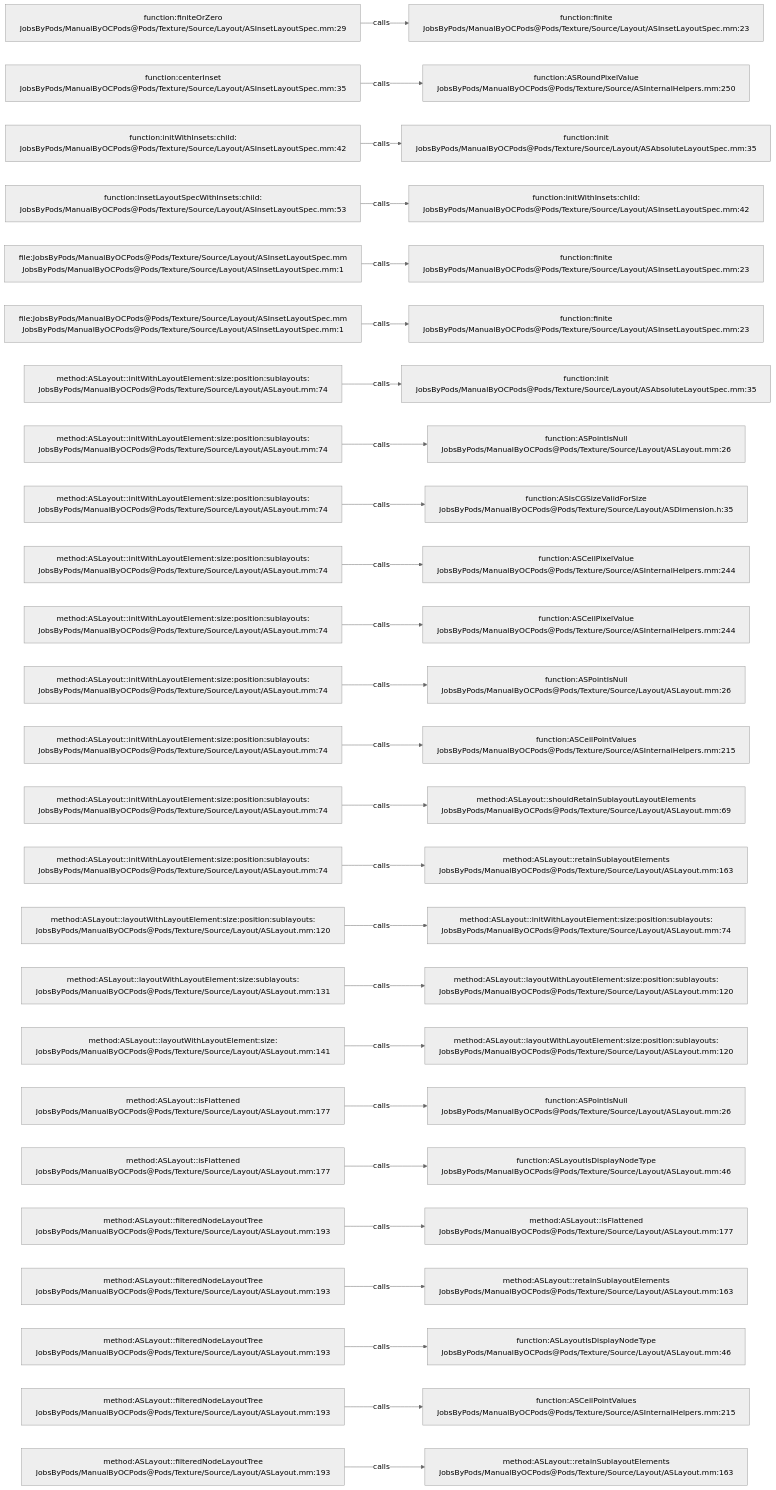
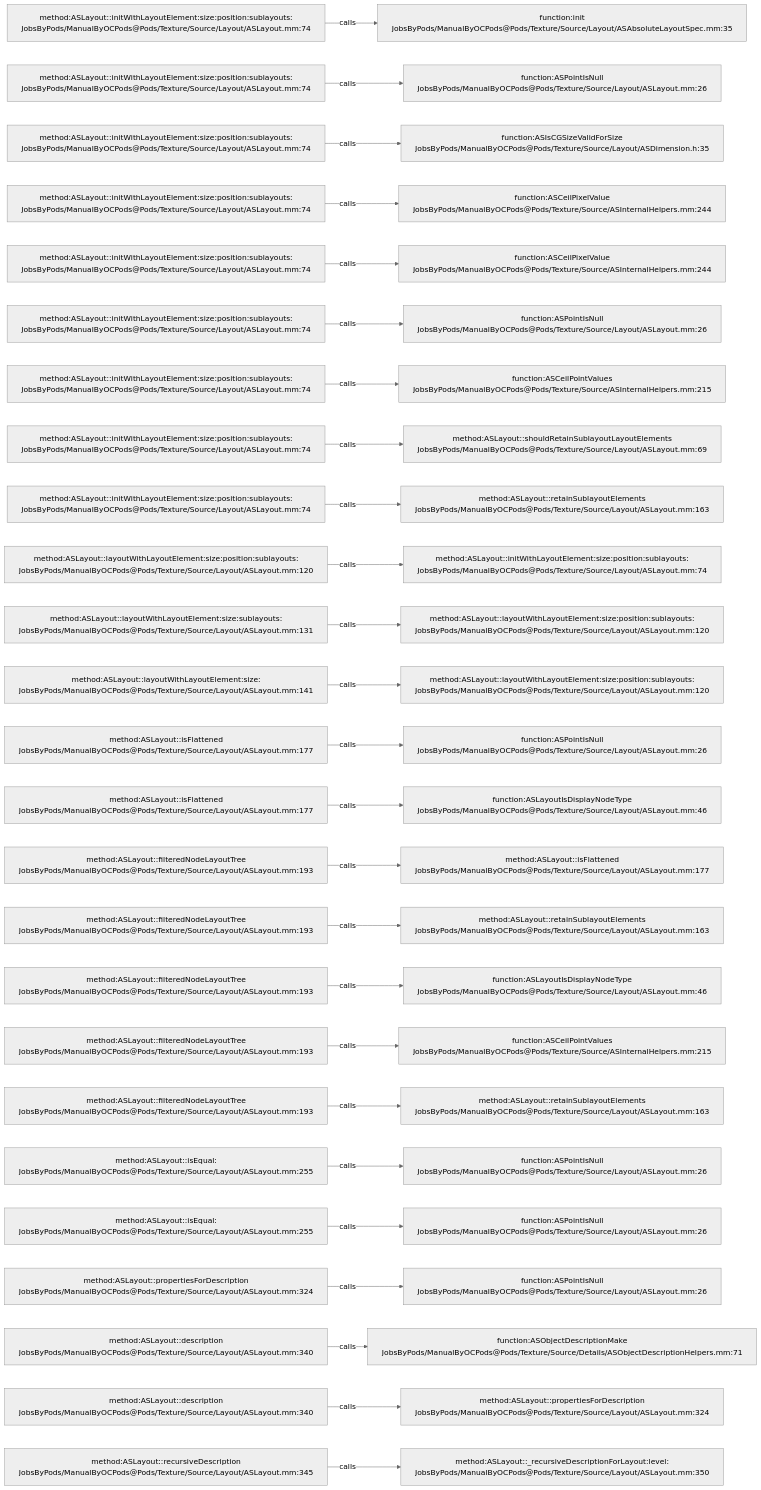
Before and after one commit to JobsKits/JobsOCBaseConfigDemo: the diagram in .codegraph/codegraph.md/graphs/calls-170.md, drawn with Mermaid (neutral theme). The commit also changed 666 other files, not shown here.

````diff
--- a/.codegraph/codegraph.md/graphs/calls-170.md
+++ b/.codegraph/codegraph.md/graphs/calls-170.md
@@ -13,78 +13,78 @@
 ```mermaid
 flowchart LR
-  S1["function:finiteOrZero<br/>JobsByPods/ManualByOCPods@Pods/Texture/Source/Layout/ASInsetLayoutSpec.mm:29"]
-  T1["function:finite<br/>JobsByPods/ManualByOCPods@Pods/Texture/Source/Layout/ASInsetLayoutSpec.mm:23"]
+  S1["method:ASLayout::initWithLayoutElement:size:position:sublayouts:<br/>JobsByPods/ManualByOCPods@Pods/Texture/Source/Layout/ASLayout.mm:74"]
+  T1["function:init<br/>JobsByPods/ManualByOCPods@Pods/Texture/Source/Layout/ASAbsoluteLayoutSpec.mm:35"]
   S1 -->|calls| T1
-  S2["function:centerInset<br/>JobsByPods/ManualByOCPods@Pods/Texture/Source/Layout/ASInsetLayoutSpec.mm:35"]
-  T2["function:ASRoundPixelValue<br/>JobsByPods/ManualByOCPods@Pods/Texture/Source/ASInternalHelpers.mm:250"]
+  S2["method:ASLayout::initWithLayoutElement:size:position:sublayouts:<br/>JobsByPods/ManualByOCPods@Pods/Texture/Source/Layout/ASLayout.mm:74"]
+  T2["function:ASPointIsNull<br/>JobsByPods/ManualByOCPods@Pods/Texture/Source/Layout/ASLayout.mm:26"]
   S2 -->|calls| T2
-  S3["function:initWithInsets:child:<br/>JobsByPods/ManualByOCPods@Pods/Texture/Source/Layout/ASInsetLayoutSpec.mm:42"]
-  T3["function:init<br/>JobsByPods/ManualByOCPods@Pods/Texture/Source/Layout/ASAbsoluteLayoutSpec.mm:35"]
+  S3["method:ASLayout::initWithLayoutElement:size:position:sublayouts:<br/>JobsByPods/ManualByOCPods@Pods/Texture/Source/Layout/ASLayout.mm:74"]
+  T3["function:ASIsCGSizeValidForSize<br/>JobsByPods/ManualByOCPods@Pods/Texture/Source/Layout/ASDimension.h:35"]
   S3 -->|calls| T3
-  S4["function:insetLayoutSpecWithInsets:child:<br/>JobsByPods/ManualByOCPods@Pods/Texture/Source/Layout/ASInsetLayoutSpec.mm:53"]
-  T4["function:initWithInsets:child:<br/>JobsByPods/ManualByOCPods@Pods/Texture/Source/Layout/ASInsetLayoutSpec.mm:42"]
+  S4["method:ASLayout::initWithLayoutElement:size:position:sublayouts:<br/>JobsByPods/ManualByOCPods@Pods/Texture/Source/Layout/ASLayout.mm:74"]
+  T4["function:ASCeilPixelValue<br/>JobsByPods/ManualByOCPods@Pods/Texture/Source/ASInternalHelpers.mm:244"]
   S4 -->|calls| T4
-  S5["file:JobsByPods/ManualByOCPods@Pods/Texture/Source/Layout/ASInsetLayoutSpec.mm<br/>JobsByPods/ManualByOCPods@Pods/Texture/Source/Layout/ASInsetLayoutSpec.mm:1"]
-  T5["function:finite<br/>JobsByPods/ManualByOCPods@Pods/Texture/Source/Layout/ASInsetLayoutSpec.mm:23"]
+  S5["method:ASLayout::initWithLayoutElement:size:position:sublayouts:<br/>JobsByPods/ManualByOCPods@Pods/Texture/Source/Layout/ASLayout.mm:74"]
+  T5["function:ASCeilPixelValue<br/>JobsByPods/ManualByOCPods@Pods/Texture/Source/ASInternalHelpers.mm:244"]
   S5 -->|calls| T5
-  S6["file:JobsByPods/ManualByOCPods@Pods/Texture/Source/Layout/ASInsetLayoutSpec.mm<br/>JobsByPods/ManualByOCPods@Pods/Texture/Source/Layout/ASInsetLayoutSpec.mm:1"]
-  T6["function:finite<br/>JobsByPods/ManualByOCPods@Pods/Texture/Source/Layout/ASInsetLayoutSpec.mm:23"]
+  S6["method:ASLayout::initWithLayoutElement:size:position:sublayouts:<br/>JobsByPods/ManualByOCPods@Pods/Texture/Source/Layout/ASLayout.mm:74"]
+  T6["function:ASPointIsNull<br/>JobsByPods/ManualByOCPods@Pods/Texture/Source/Layout/ASLayout.mm:26"]
   S6 -->|calls| T6
   S7["method:ASLayout::initWithLayoutElement:size:position:sublayouts:<br/>JobsByPods/ManualByOCPods@Pods/Texture/Source/Layout/ASLayout.mm:74"]
-  T7["function:init<br/>JobsByPods/ManualByOCPods@Pods/Texture/Source/Layout/ASAbsoluteLayoutSpec.mm:35"]
+  T7["function:ASCeilPointValues<br/>JobsByPods/ManualByOCPods@Pods/Texture/Source/ASInternalHelpers.mm:215"]
   S7 -->|calls| T7
   S8["method:ASLayout::initWithLayoutElement:size:position:sublayouts:<br/>JobsByPods/ManualByOCPods@Pods/Texture/Source/Layout/ASLayout.mm:74"]
-  T8["function:ASPointIsNull<br/>JobsByPods/ManualByOCPods@Pods/Texture/Source/Layout/ASLayout.mm:26"]
+  T8["method:ASLayout::shouldRetainSublayoutLayoutElements<br/>JobsByPods/ManualByOCPods@Pods/Texture/Source/Layout/ASLayout.mm:69"]
   S8 -->|calls| T8
   S9["method:ASLayout::initWithLayoutElement:size:position:sublayouts:<br/>JobsByPods/ManualByOCPods@Pods/Texture/Source/Layout/ASLayout.mm:74"]
-  T9["function:ASIsCGSizeValidForSize<br/>JobsByPods/ManualByOCPods@Pods/Texture/Source/Layout/ASDimension.h:35"]
+  T9["method:ASLayout::retainSublayoutElements<br/>JobsByPods/ManualByOCPods@Pods/Texture/Source/Layout/ASLayout.mm:163"]
   S9 -->|calls| T9
-  S10["method:ASLayout::initWithLayoutElement:size:position:sublayouts:<br/>JobsByPods/ManualByOCPods@Pods/Texture/Source/Layout/ASLayout.mm:74"]
-  T10["function:ASCeilPixelValue<br/>JobsByPods/ManualByOCPods@Pods/Texture/Source/ASInternalHelpers.mm:244"]
+  S10["method:ASLayout::layoutWithLayoutElement:size:position:sublayouts:<br/>JobsByPods/ManualByOCPods@Pods/Texture/Source/Layout/ASLayout.mm:120"]
+  T10["method:ASLayout::initWithLayoutElement:size:position:sublayouts:<br/>JobsByPods/ManualByOCPods@Pods/Texture/Source/Layout/ASLayout.mm:74"]
   S10 -->|calls| T10
-  S11["method:ASLayout::initWithLayoutElement:size:position:sublayouts:<br/>JobsByPods/ManualByOCPods@Pods/Texture/Source/Layout/ASLayout.mm:74"]
-  T11["function:ASCeilPixelValue<br/>JobsByPods/ManualByOCPods@Pods/Texture/Source/ASInternalHelpers.mm:244"]
+  S11["method:ASLayout::layoutWithLayoutElement:size:sublayouts:<br/>JobsByPods/ManualByOCPods@Pods/Texture/Source/Layout/ASLayout.mm:131"]
+  T11["method:ASLayout::layoutWithLayoutElement:size:position:sublayouts:<br/>JobsByPods/ManualByOCPods@Pods/Texture/Source/Layout/ASLayout.mm:120"]
   S11 -->|calls| T11
-  S12["method:ASLayout::initWithLayoutElement:size:position:sublayouts:<br/>JobsByPods/ManualByOCPods@Pods/Texture/Source/Layout/ASLayout.mm:74"]
-  T12["function:ASPointIsNull<br/>JobsByPods/ManualByOCPods@Pods/Texture/Source/Layout/ASLayout.mm:26"]
+  S12["method:ASLayout::layoutWithLayoutElement:size:<br/>JobsByPods/ManualByOCPods@Pods/Texture/Source/Layout/ASLayout.mm:141"]
+  T12["method:ASLayout::layoutWithLayoutElement:size:position:sublayouts:<br/>JobsByPods/ManualByOCPods@Pods/Texture/Source/Layout/ASLayout.mm:120"]
   S12 -->|calls| T12
-  S13["method:ASLayout::initWithLayoutElement:size:position:sublayouts:<br/>JobsByPods/ManualByOCPods@Pods/Texture/Source/Layout/ASLayout.mm:74"]
-  T13["function:ASCeilPointValues<br/>JobsByPods/ManualByOCPods@Pods/Texture/Source/ASInternalHelpers.mm:215"]
+  S13["method:ASLayout::isFlattened<br/>JobsByPods/ManualByOCPods@Pods/Texture/Source/Layout/ASLayout.mm:177"]
+  T13["function:ASPointIsNull<br/>JobsByPods/ManualByOCPods@Pods/Texture/Source/Layout/ASLayout.mm:26"]
   S13 -->|calls| T13
-  S14["method:ASLayout::initWithLayoutElement:size:position:sublayouts:<br/>JobsByPods/ManualByOCPods@Pods/Texture/Source/Layout/ASLayout.mm:74"]
-  T14["method:ASLayout::shouldRetainSublayoutLayoutElements<br/>JobsByPods/ManualByOCPods@Pods/Texture/Source/Layout/ASLayout.mm:69"]
+  S14["method:ASLayout::isFlattened<br/>JobsByPods/ManualByOCPods@Pods/Texture/Source/Layout/ASLayout.mm:177"]
+  T14["function:ASLayoutIsDisplayNodeType<br/>JobsByPods/ManualByOCPods@Pods/Texture/Source/Layout/ASLayout.mm:46"]
   S14 -->|calls| T14
-  S15["method:ASLayout::initWithLayoutElement:size:position:sublayouts:<br/>JobsByPods/ManualByOCPods@Pods/Texture/Source/Layout/ASLayout.mm:74"]
-  T15["method:ASLayout::retainSublayoutElements<br/>JobsByPods/ManualByOCPods@Pods/Texture/Source/Layout/ASLayout.mm:163"]
+  S15["method:ASLayout::filteredNodeLayoutTree<br/>JobsByPods/ManualByOCPods@Pods/Texture/Source/Layout/ASLayout.mm:193"]
+  T15["method:ASLayout::isFlattened<br/>JobsByPods/ManualByOCPods@Pods/Texture/Source/Layout/ASLayout.mm:177"]
   S15 -->|calls| T15
-  S16["method:ASLayout::layoutWithLayoutElement:size:position:sublayouts:<br/>JobsByPods/ManualByOCPods@Pods/Texture/Source/Layout/ASLayout.mm:120"]
-  T16["method:ASLayout::initWithLayoutElement:size:position:sublayouts:<br/>JobsByPods/ManualByOCPods@Pods/Texture/Source/Layout/ASLayout.mm:74"]
+  S16["method:ASLayout::filteredNodeLayoutTree<br/>JobsByPods/ManualByOCPods@Pods/Texture/Source/Layout/ASLayout.mm:193"]
+  T16["method:ASLayout::retainSublayoutElements<br/>JobsByPods/ManualByOCPods@Pods/Texture/Source/Layout/ASLayout.mm:163"]
   S16 -->|calls| T16
-  S17["method:ASLayout::layoutWithLayoutElement:size:sublayouts:<br/>JobsByPods/ManualByOCPods@Pods/Texture/Source/Layout/ASLayout.mm:131"]
-  T17["method:ASLayout::layoutWithLayoutElement:size:position:sublayouts:<br/>JobsByPods/ManualByOCPods@Pods/Texture/Source/Layout/ASLayout.mm:120"]
+  S17["method:ASLayout::filteredNodeLayoutTree<br/>JobsByPods/ManualByOCPods@Pods/Texture/Source/Layout/ASLayout.mm:193"]
+  T17["function:ASLayoutIsDisplayNodeType<br/>JobsByPods/ManualByOCPods@Pods/Texture/Source/Layout/ASLayout.mm:46"]
   S17 -->|calls| T17
-  S18["method:ASLayout::layoutWithLayoutElement:size:<br/>JobsByPods/ManualByOCPods@Pods/Texture/Source/Layout/ASLayout.mm:141"]
-  T18["method:ASLayout::layoutWithLayoutElement:size:position:sublayouts:<br/>JobsByPods/ManualByOCPods@Pods/Texture/Source/Layout/ASLayout.mm:120"]
+  S18["method:ASLayout::filteredNodeLayoutTree<br/>JobsByPods/ManualByOCPods@Pods/Texture/Source/Layout/ASLayout.mm:193"]
+  T18["function:ASCeilPointValues<br/>JobsByPods/ManualByOCPods@Pods/Texture/Source/ASInternalHelpers.mm:215"]
   S18 -->|calls| T18
-  S19["method:ASLayout::isFlattened<br/>JobsByPods/ManualByOCPods@Pods/Texture/Source/Layout/ASLayout.mm:177"]
-  T19["function:ASPointIsNull<br/>JobsByPods/ManualByOCPods@Pods/Texture/Source/Layout/ASLayout.mm:26"]
+  S19["method:ASLayout::filteredNodeLayoutTree<br/>JobsByPods/ManualByOCPods@Pods/Texture/Source/Layout/ASLayout.mm:193"]
+  T19["method:ASLayout::retainSublayoutElements<br/>JobsByPods/ManualByOCPods@Pods/Texture/Source/Layout/ASLayout.mm:163"]
   S19 -->|calls| T19
-  S20["method:ASLayout::isFlattened<br/>JobsByPods/ManualByOCPods@Pods/Texture/Source/Layout/ASLayout.mm:177"]
-  T20["function:ASLayoutIsDisplayNodeType<br/>JobsByPods/ManualByOCPods@Pods/Texture/Source/Layout/ASLayout.mm:46"]
+  S20["method:ASLayout::isEqual:<br/>JobsByPods/ManualByOCPods@Pods/Texture/Source/Layout/ASLayout.mm:255"]
+  T20["function:ASPointIsNull<br/>JobsByPods/ManualByOCPods@Pods/Texture/Source/Layout/ASLayout.mm:26"]
   S20 -->|calls| T20
-  S21["method:ASLayout::filteredNodeLayoutTree<br/>JobsByPods/ManualByOCPods@Pods/Texture/Source/Layout/ASLayout.mm:193"]
-  T21["method:ASLayout::isFlattened<br/>JobsByPods/ManualByOCPods@Pods/Texture/Source/Layout/ASLayout.mm:177"]
+  S21["method:ASLayout::isEqual:<br/>JobsByPods/ManualByOCPods@Pods/Texture/Source/Layout/ASLayout.mm:255"]
+  T21["function:ASPointIsNull<br/>JobsByPods/ManualByOCPods@Pods/Texture/Source/Layout/ASLayout.mm:26"]
   S21 -->|calls| T21
-  S22["method:ASLayout::filteredNodeLayoutTree<br/>JobsByPods/ManualByOCPods@Pods/Texture/Source/Layout/ASLayout.mm:193"]
-  T22["method:ASLayout::retainSublayoutElements<br/>JobsByPods/ManualByOCPods@Pods/Texture/Source/Layout/ASLayout.mm:163"]
+  S22["method:ASLayout::propertiesForDescription<br/>JobsByPods/ManualByOCPods@Pods/Texture/Source/Layout/ASLayout.mm:324"]
+  T22["function:ASPointIsNull<br/>JobsByPods/ManualByOCPods@Pods/Texture/Source/Layout/ASLayout.mm:26"]
   S22 -->|calls| T22
-  S23["method:ASLayout::filteredNodeLayoutTree<br/>JobsByPods/ManualByOCPods@Pods/Texture/Source/Layout/ASLayout.mm:193"]
-  T23["function:ASLayoutIsDisplayNodeType<br/>JobsByPods/ManualByOCPods@Pods/Texture/Source/Layout/ASLayout.mm:46"]
+  S23["method:ASLayout::description<br/>JobsByPods/ManualByOCPods@Pods/Texture/Source/Layout/ASLayout.mm:340"]
+  T23["function:ASObjectDescriptionMake<br/>JobsByPods/ManualByOCPods@Pods/Texture/Source/Details/ASObjectDescriptionHelpers.mm:71"]
   S23 -->|calls| T23
-  S24["method:ASLayout::filteredNodeLayoutTree<br/>JobsByPods/ManualByOCPods@Pods/Texture/Source/Layout/ASLayout.mm:193"]
-  T24["function:ASCeilPointValues<br/>JobsByPods/ManualByOCPods@Pods/Texture/Source/ASInternalHelpers.mm:215"]
+  S24["method:ASLayout::description<br/>JobsByPods/ManualByOCPods@Pods/Texture/Source/Layout/ASLayout.mm:340"]
+  T24["method:ASLayout::propertiesForDescription<br/>JobsByPods/ManualByOCPods@Pods/Texture/Source/Layout/ASLayout.mm:324"]
   S24 -->|calls| T24
-  S25["method:ASLayout::filteredNodeLayoutTree<br/>JobsByPods/ManualByOCPods@Pods/Texture/Source/Layout/ASLayout.mm:193"]
-  T25["method:ASLayout::retainSublayoutElements<br/>JobsByPods/ManualByOCPods@Pods/Texture/Source/Layout/ASLayout.mm:163"]
+  S25["method:ASLayout::recursiveDescription<br/>JobsByPods/ManualByOCPods@Pods/Texture/Source/Layout/ASLayout.mm:345"]
+  T25["method:ASLayout::_recursiveDescriptionForLayout:level:<br/>JobsByPods/ManualByOCPods@Pods/Texture/Source/Layout/ASLayout.mm:350"]
   S25 -->|calls| T25
 ```
````
